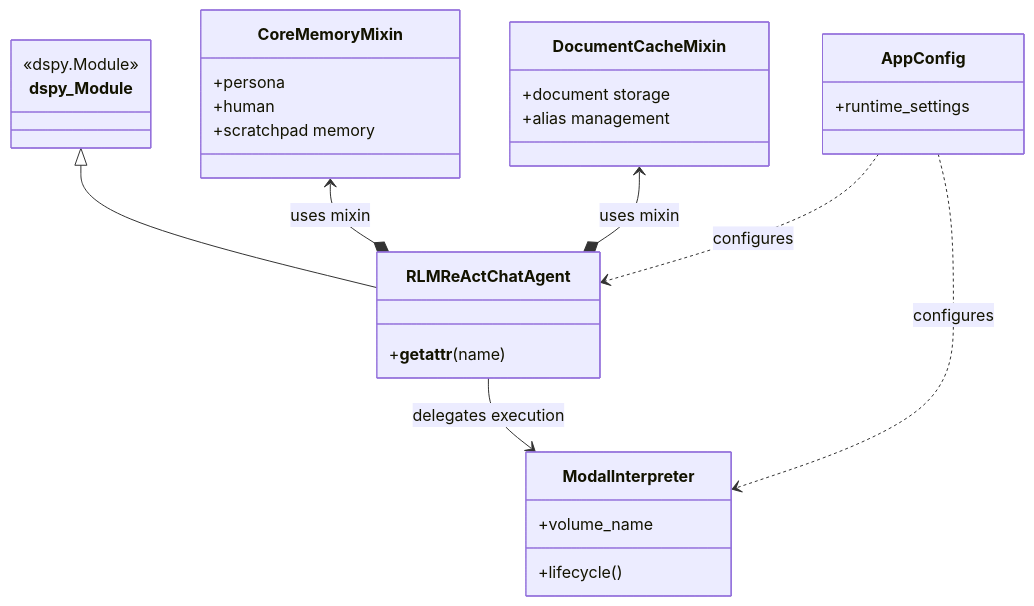
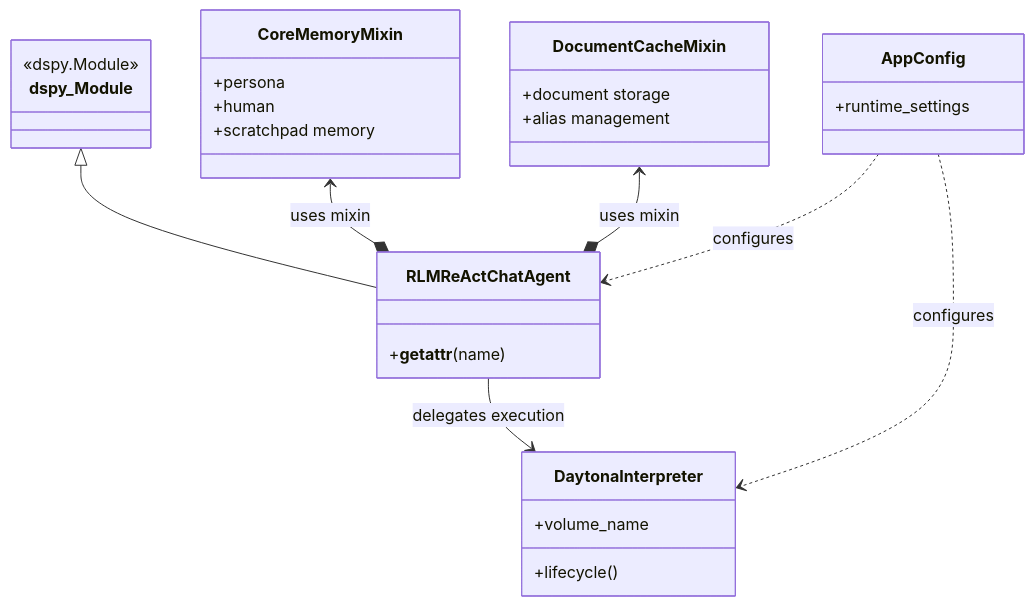
The diagram in docs/explanation/component-uml.md (Qredence/fleet-rlm), drawn with Mermaid before and after one commit. The commit also changed 207 other files, not shown here.

Commit message:
refactor!: remove modal runtime surface and finalize daytona-only stack

````diff
--- a/docs/explanation/component-uml.md
+++ b/docs/explanation/component-uml.md
@@ -5,37 +5,37 @@
 ```mermaid
 classDiagram
     class dspy_Module {
         <<dspy.Module>>
     }
 
     class RLMReActChatAgent {
         +__getattr__(name)
     }
 
     class CoreMemoryMixin {
         +persona
         +human
         +scratchpad memory
     }
 
     class DocumentCacheMixin {
         +document storage
         +alias management
     }
 
-    class ModalInterpreter {
+    class DaytonaInterpreter {
         +volume_name
         +lifecycle()
     }
 
     class AppConfig {
         +runtime_settings
     }
 
     dspy_Module <|-- RLMReActChatAgent
     CoreMemoryMixin <--* RLMReActChatAgent : uses mixin
     DocumentCacheMixin <--* RLMReActChatAgent : uses mixin
-    RLMReActChatAgent --> ModalInterpreter : delegates execution
+    RLMReActChatAgent --> DaytonaInterpreter : delegates execution
     AppConfig ..> RLMReActChatAgent : configures
-    AppConfig ..> ModalInterpreter : configures
+    AppConfig ..> DaytonaInterpreter : configures
 ```
````
